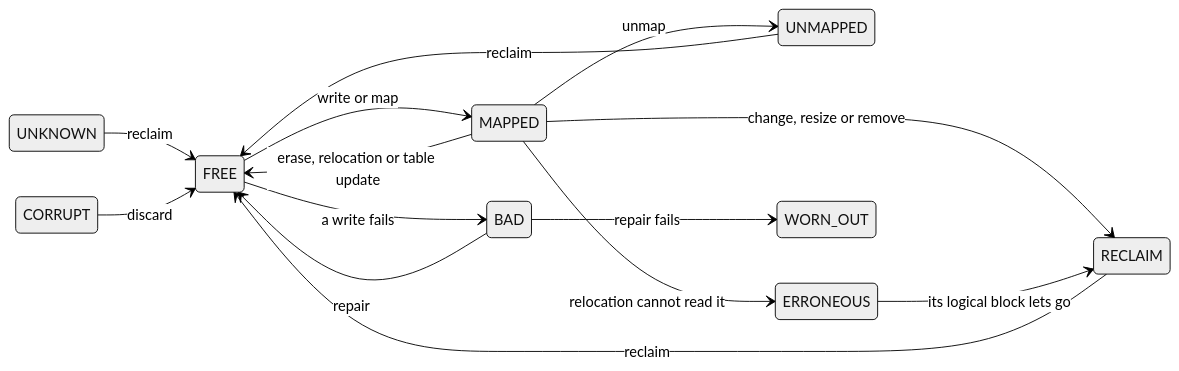
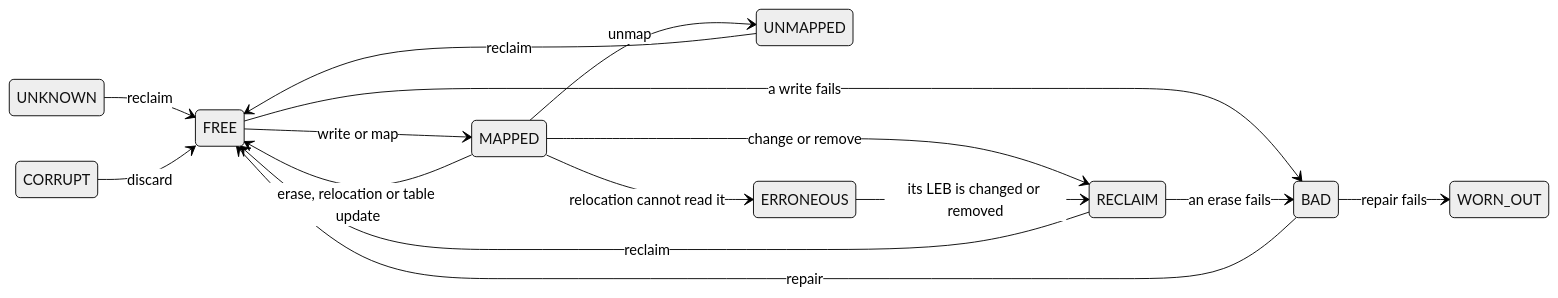
Before and after one commit to kamil-kielbasa/zephyr-ubi: the first of 2 diagrams in docs/how-it-works.md, drawn with Mermaid (neutral theme). The commit also changed other lines of this file and 19 other files, not shown here.

````diff
--- a/docs/how-it-works.md
+++ b/docs/how-it-works.md
@@ -29,17 +50,18 @@
 ```mermaid
 stateDiagram-v2
     direction LR
     UNKNOWN --> FREE: reclaim
     RECLAIM --> FREE: reclaim
     UNMAPPED --> FREE: reclaim
     FREE --> MAPPED: write or map
-    MAPPED --> RECLAIM: change, resize or remove
+    MAPPED --> RECLAIM: change or remove
     MAPPED --> UNMAPPED: unmap
     MAPPED --> FREE: erase, relocation or table update
     MAPPED --> ERRONEOUS: relocation cannot read it
-    ERRONEOUS --> RECLAIM: its logical block lets go
+    ERRONEOUS --> RECLAIM: its LEB is changed or removed
     FREE --> BAD: a write fails
+    RECLAIM --> BAD: an erase fails
     BAD --> FREE: repair
     BAD --> WORN_OUT: repair fails
     CORRUPT --> FREE: discard
 ```
````
